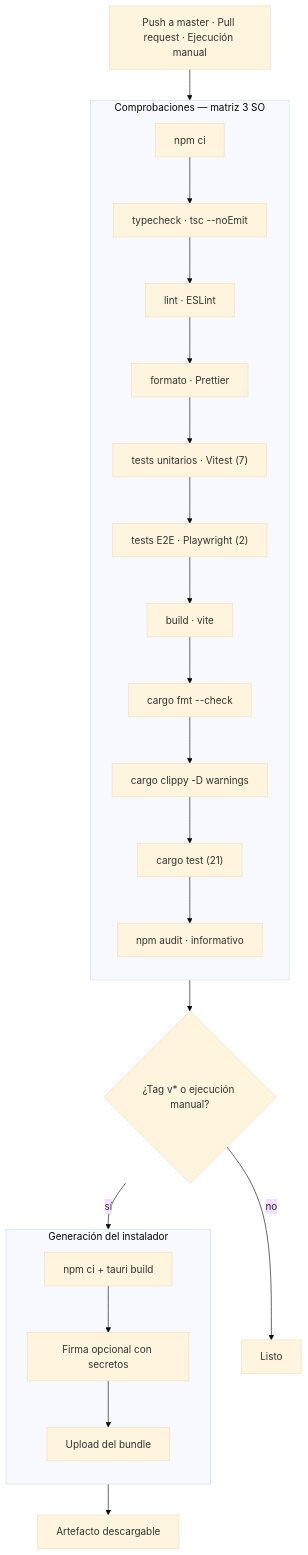
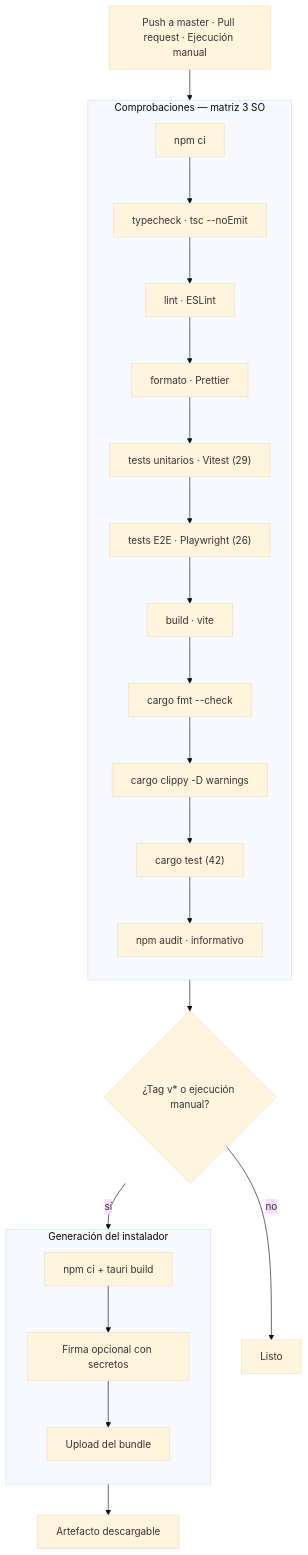
One commit to YordanoCS1/sakura-music changed the diagram in docs/pipeline.md. Above: the diagram before and after it, drawn with Mermaid (base theme). The commit also changed other lines of this file and 33 other files, not shown here.

````diff
--- a/docs/pipeline.md
+++ b/docs/pipeline.md
@@ -7,29 +7,29 @@
 ```mermaid
 flowchart TD
     IN["Push a master · Pull request · Ejecución manual"] --> CHK
 
     subgraph CHK["Comprobaciones — matriz 3 SO"]
       direction TB
       S1["npm ci"] --> S2["typecheck · tsc --noEmit"]
       S2 --> S3["lint · ESLint"]
       S3 --> S4["formato · Prettier"]
-      S4 --> S5["tests unitarios · Vitest (7)"]
-      S5 --> S6["tests E2E · Playwright (2)"]
+      S4 --> S5["tests unitarios · Vitest (29)"]
+      S5 --> S6["tests E2E · Playwright (26)"]
       S6 --> S7["build · vite"]
       S7 --> S8["cargo fmt --check"]
       S8 --> S9["cargo clippy -D warnings"]
-      S9 --> S10["cargo test (21)"]
+      S9 --> S10["cargo test (42)"]
       S10 --> S11["npm audit · informativo"]
     end
 
     CHK --> GATE{"¿Tag v* o ejecución manual?"}
     GATE -->|"no"| FIN["Listo"]
     GATE -->|"sí"| BUILD["Job build · windows-latest"]
 
     subgraph BUILD["Generación del instalador"]
       direction TB
       B1["npm ci + tauri build"] --> B2["Firma opcional con secretos"] --> B3["Upload del bundle"]
     end
 
     BUILD --> FIN2["Artefacto descargable"]
 ```
````
